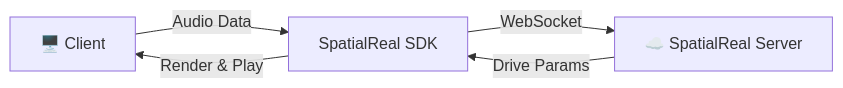
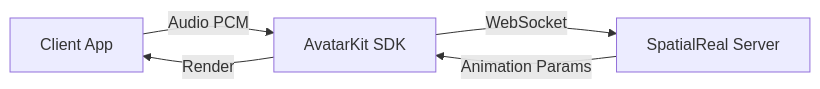
The diagram in sdk-mode/README.md (spatialwalk/avatarkit-voice-agent-demo), drawn with Mermaid before and after one commit. The commit also changed other lines of this file and 695 other files, not shown here.

First line of the commit message:
feat: add host-mode Android client and unified config check flow

````diff
--- a/sdk-mode/README.md
+++ b/sdk-mode/README.md
@@ -13,7 +21,7 @@
 ```mermaid
 flowchart LR
-    A["🖥️ Client"] -->|Audio Data| B["SpatialReal SDK"]
-    B -->|WebSocket| C["☁️ SpatialReal Server"]
-    C -->|Drive Params| B
-    B -->|Render & Play| A
+    A["Client App"] -->|Audio PCM| B["AvatarKit SDK"]
+    B -->|WebSocket| C["SpatialReal Server"]
+    C -->|Animation Params| B
+    B -->|Render| A
 ```
````
